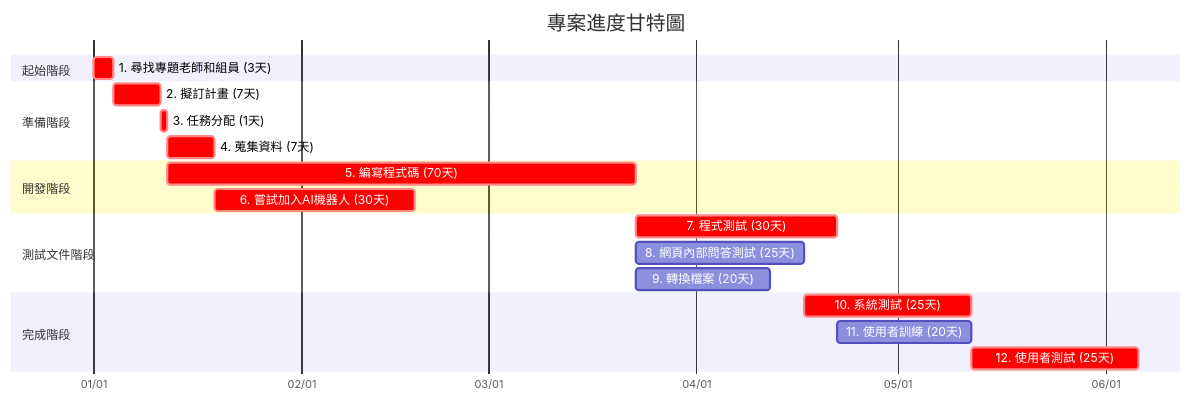
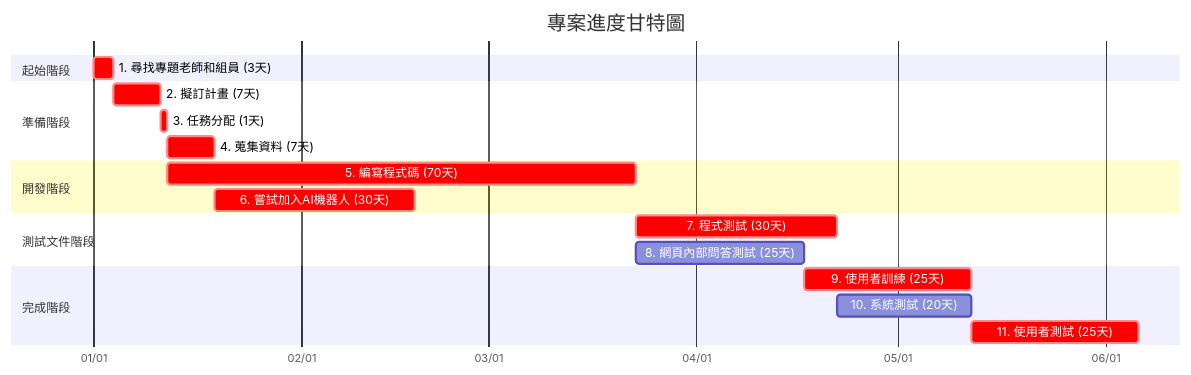
One commit to c112118202-droid/- changed the second of 3 diagrams in hw2.md. Above: the diagram before and after it, drawn with Mermaid. The commit also changed other lines of this file, not shown here.

````diff
--- a/hw2.md
+++ b/hw2.md
@@ -28,28 +28,27 @@
 ```mermaid
 gantt
     title 專案進度甘特圖
     dateFormat YYYY-MM-DD
     axisFormat %m/%d
     
     section 起始階段
     1. 尋找專題老師和組員 (3天)     :crit, m1, 2025-01-01, 3d
     
     section 準備階段
     2. 擬訂計畫 (7天)     :crit, m2, after m1, 7d
     3. 任務分配 (1天)    :crit, m3, after m2, 1d
     4. 蒐集資料 (7天)    :crit, m4, after m3, 7d
 
     section 開發階段
     5. 編寫程式碼 (70天)    :crit, m5, after m3, 70d
     6. 嘗試加入AI機器人 (30天)    :crit, m6, after m4, 30d
     
     section 測試文件階段
     7. 程式測試 (30天)    :crit, m7, after m5, 30d
     8. 網頁內部問答測試 (25天) :m8, after m5, 25d
-    9. 轉換檔案 (20天)     :m9, after m5, 20d
-    
+        
     section 完成階段
-    10. 系統測試 (25天)    :crit, m10, after m8, 25d
-    11. 使用者訓練 (20天)  :m11, after m7 m8, 20d
-    12. 使用者測試 (25天)  :crit, m12, after m9 m10, 25d
+    9. 使用者訓練 (25天)    :crit, m9, after m8, 25d
+    10. 系統測試 (20天)  :m10, after m7 m8, 20d
+    11. 使用者測試 (25天)  :crit, m11, after m9 m10, 25d
 ```
````
